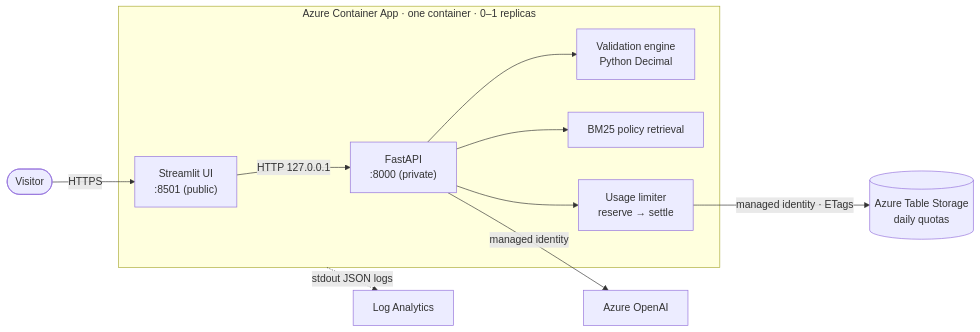
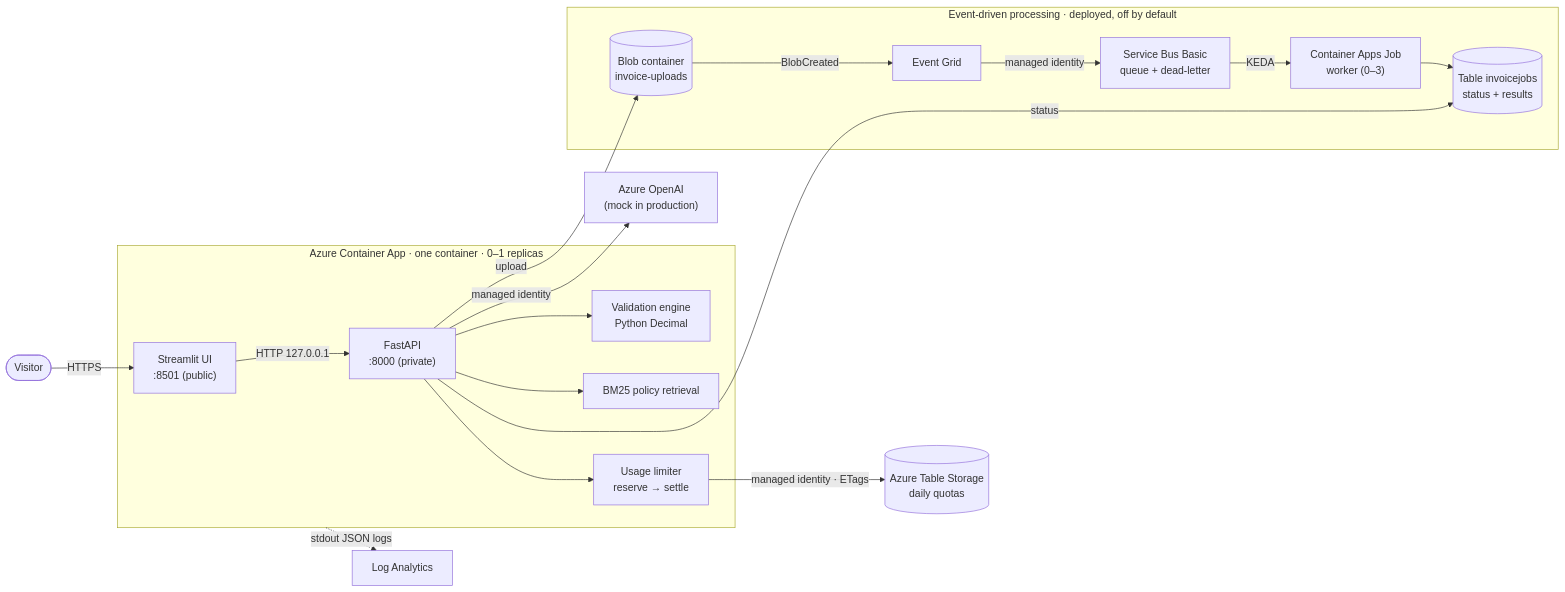
Before and after one commit to boardwalkempress00-oss/invoiceiq-ai-copilot: the first of 2 diagrams in README.md, drawn with Mermaid. The commit also changed other lines of this file and 7 other files, not shown here.

First line of the commit message:
docs+fix: accurate production evidence; escape untrusted invoice text

````diff
--- a/README.md
+++ b/README.md
@@ -74,15 +80,24 @@
 ```mermaid
 flowchart LR
     user([Visitor]) -- HTTPS --> ui
 
     subgraph container["Azure Container App · one container · 0–1 replicas"]
         ui["Streamlit UI<br/>:8501 (public)"] -- "HTTP 127.0.0.1" --> api["FastAPI<br/>:8000 (private)"]
         api --> val["Validation engine<br/>Python Decimal"]
         api --> rag["BM25 policy retrieval"]
         api --> lim["Usage limiter<br/>reserve → settle"]
     end
 
-    api -- "managed identity" --> aoai["Azure OpenAI"]
+    api -- "managed identity" --> aoai["Azure OpenAI<br/>(mock in production)"]
     lim -- "managed identity · ETags" --> tbl[("Azure Table Storage<br/>daily quotas")]
     container -. "stdout JSON logs" .-> law["Log Analytics"]
+
+    subgraph ep["Event-driven processing · deployed, off by default"]
+        blob[("Blob container<br/>invoice-uploads")] -- "BlobCreated" --> eg["Event Grid"]
+        eg -- "managed identity" --> sb["Service Bus Basic<br/>queue + dead-letter"]
+        sb -- "KEDA" --> job["Container Apps Job<br/>worker (0–3)"]
+        job --> jobs[("Table invoicejobs<br/>status + results")]
+    end
+    api -- "upload" --> blob
+    api -- "status" --> jobs
 ```
````
